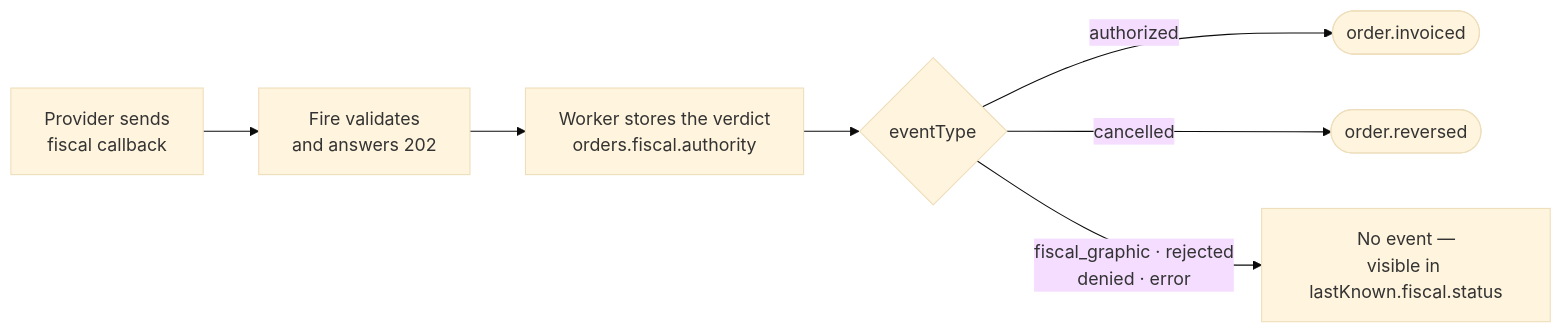
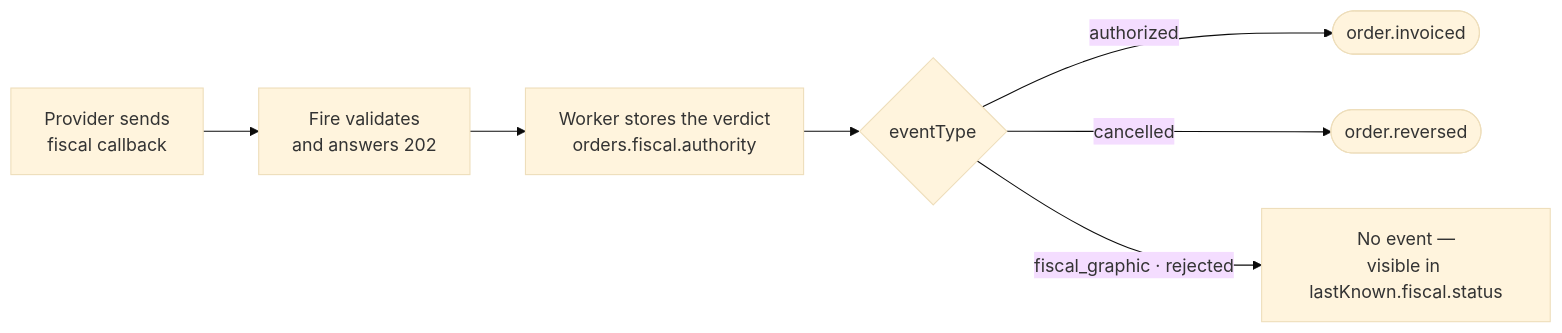
The diagram in en/fiscal/callback-to-events.mdx (fire-rest/documentation), drawn with Mermaid (base theme) before and after one commit. The commit also changed other lines of this file and 11 other files, not shown here.

First line of the commit message:
docs(fiscal-callback): el callback acepta solo cuatro eventType (en/es/pt)

````diff
--- a/en/fiscal/callback-to-events.mdx
+++ b/en/fiscal/callback-to-events.mdx
@@ -12,9 +12,9 @@
 ```mermaid
 flowchart LR
     A[Provider sends<br/>fiscal callback] --> B[Fire validates<br/>and answers 202]
     B --> C[Worker stores the verdict<br/>orders.fiscal.authority]
     C --> D{eventType}
     D -- authorized --> E([order.invoiced])
     D -- cancelled --> F([order.reversed])
-    D -- fiscal_graphic · rejected<br/>denied · error --> G[No event —<br/>visible in lastKnown.fiscal.status]
+    D -- fiscal_graphic · rejected --> G[No event —<br/>visible in lastKnown.fiscal.status]
 ```
````
